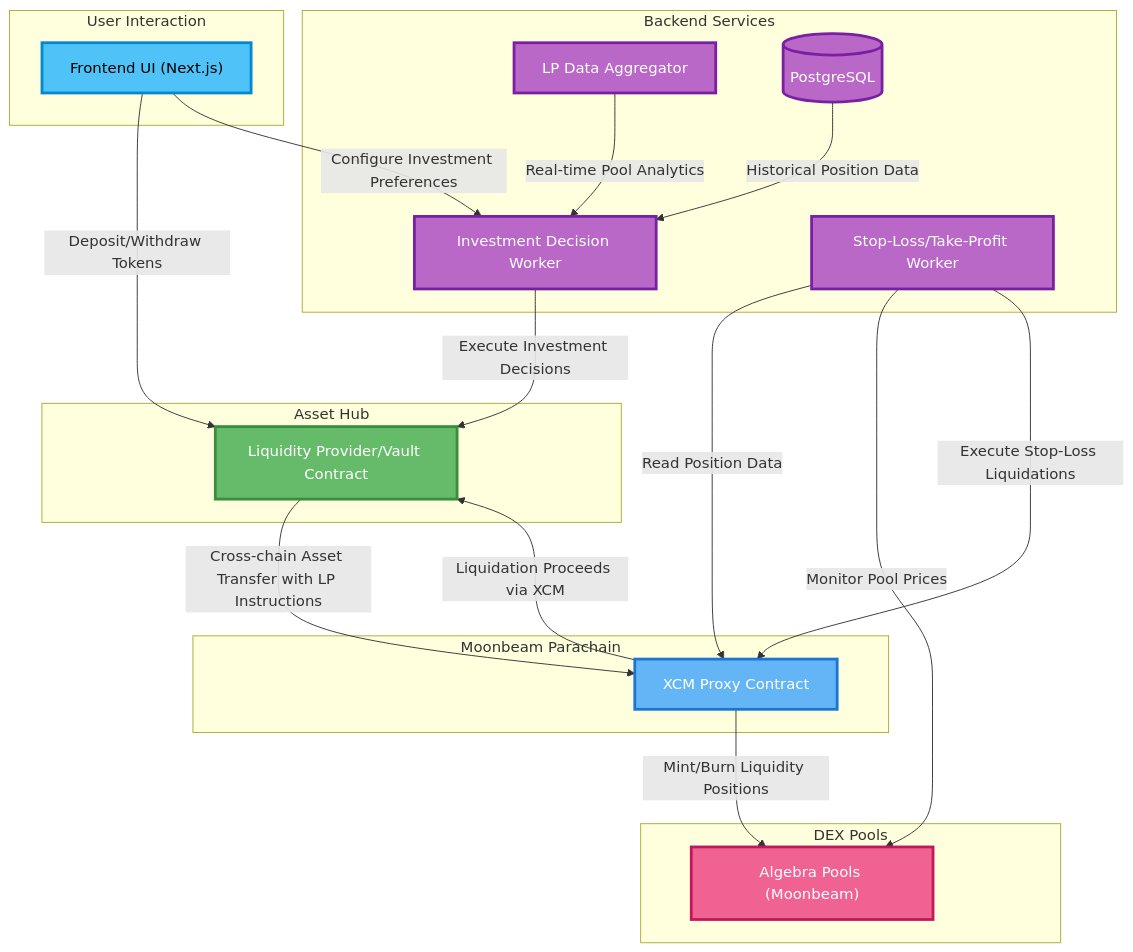
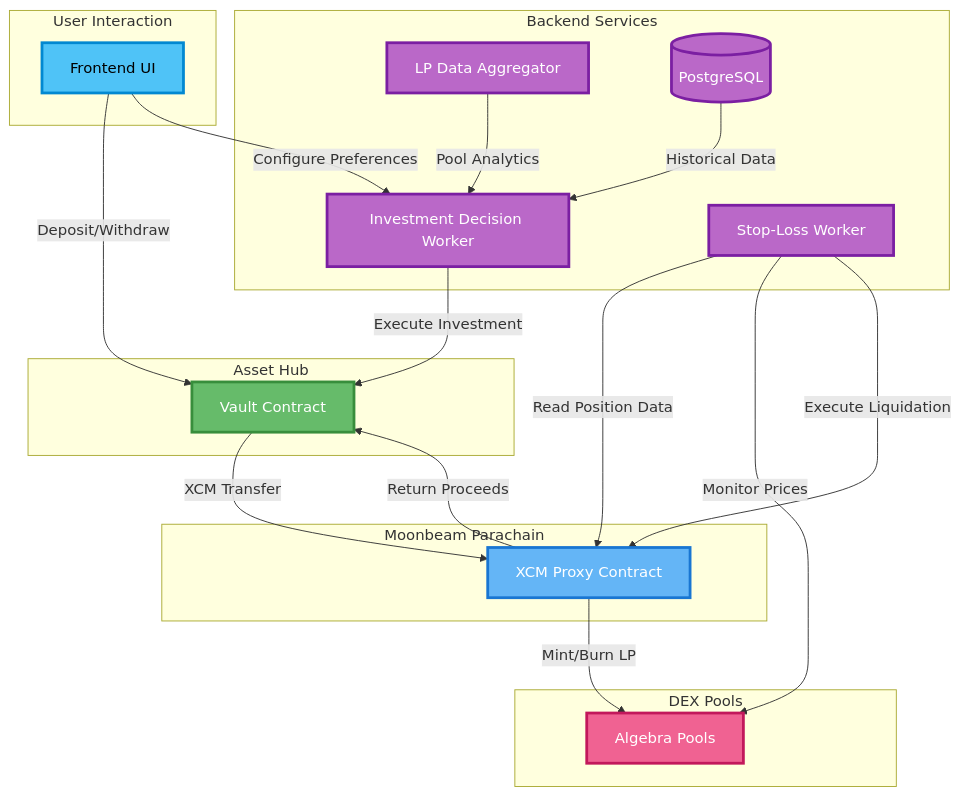
Before and after one commit to gabikreal1/LiquiDOT: the diagram in gitbook/basics/architecture.md, drawn with Mermaid. The commit also changed 15 other files, not shown here.

First line of the commit message:
Archive outdated GitBook docs and update architecture diagram

````diff
--- a/gitbook/basics/architecture.md
+++ b/gitbook/basics/architecture.md
@@ -11,42 +11,42 @@
 ```mermaid
 graph TB
-    subgraph User["User Interaction"]
-        Frontend["Frontend UI (Next.js)"]
+    subgraph User[User Interaction]
+        Frontend[Frontend UI]
     end
-    subgraph Backend["Backend Services"]
-        PoolAnalytics["LP Data Aggregator"]
-        IDWorker["Investment Decision Worker"]
-        StopLossWorker["Stop-Loss/Take-Profit Worker"]
+    subgraph Backend[Backend Services]
+        PoolAnalytics[LP Data Aggregator]
+        IDWorker[Investment Decision Worker]
+        StopLossWorker[Stop-Loss Worker]
         PostgreSQL[(PostgreSQL)]
     end
-    subgraph AssetHub["Asset Hub"]
-        AssetsPallet["Liquidity Provider/Vault Contract"]
+    subgraph AssetHub[Asset Hub]
+        AssetsPallet[Vault Contract]
     end
-    subgraph Moonbeam["Moonbeam Parachain"]
-        XCMProxy["XCM Proxy Contract"]
+    subgraph Moonbeam[Moonbeam Parachain]
+        XCMProxy[XCM Proxy Contract]
     end
-    subgraph DEXes["DEX Pools"]
-        AlgebraPools["Algebra Pools (Moonbeam)"]
+    subgraph DEXes[DEX Pools]
+        AlgebraPools[Algebra Pools]
     end
-    Frontend -->|Deposit/Withdraw Tokens| AssetsPallet
-    Frontend -->|Configure Investment Preferences| IDWorker
-    PostgreSQL -->|Historical Position Data| IDWorker
-    PoolAnalytics -->|Real-time Pool Analytics| IDWorker
-    IDWorker -->|Execute Investment Decisions| AssetsPallet
-    AssetsPallet -->|Cross-chain Asset Transfer with LP Instructions| XCMProxy
-    XCMProxy -->|Mint/Burn Liquidity Positions| AlgebraPools
-    XCMProxy -->|Liquidation Proceeds via XCM| AssetsPallet
+    Frontend -->|Deposit/Withdraw| AssetsPallet
+    Frontend -->|Configure Preferences| IDWorker
+    PostgreSQL -->|Historical Data| IDWorker
+    PoolAnalytics -->|Pool Analytics| IDWorker
+    IDWorker -->|Execute Investment| AssetsPallet
+    AssetsPallet -->|XCM Transfer| XCMProxy
+    XCMProxy -->|Mint/Burn LP| AlgebraPools
+    XCMProxy -->|Return Proceeds| AssetsPallet
     StopLossWorker -->|Read Position Data| XCMProxy
-    StopLossWorker -->|Monitor Pool Prices| AlgebraPools
-    StopLossWorker -->|Execute Stop-Loss Liquidations| XCMProxy
+    StopLossWorker -->|Monitor Prices| AlgebraPools
+    StopLossWorker -->|Execute Liquidation| XCMProxy
     classDef userLayer fill:#4fc3f7,stroke:#0288d1,stroke-width:3px,color:#000
     classDef backendLayer fill:#ba68c8,stroke:#7b1fa2,stroke-width:3px,color:#fff
     classDef assetHubLayer fill:#66bb6a,stroke:#388e3c,stroke-width:3px,color:#fff
     classDef moonbeamLayer fill:#64b5f6,stroke:#1976d2,stroke-width:3px,color:#fff
     classDef dexLayer fill:#f06292,stroke:#c2185b,stroke-width:3px,color:#fff
     class Frontend userLayer
     class PoolAnalytics,IDWorker,StopLossWorker,PostgreSQL backendLayer
     class AssetsPallet assetHubLayer
     class XCMProxy moonbeamLayer
     class AlgebraPools dexLayer
 ```
````
